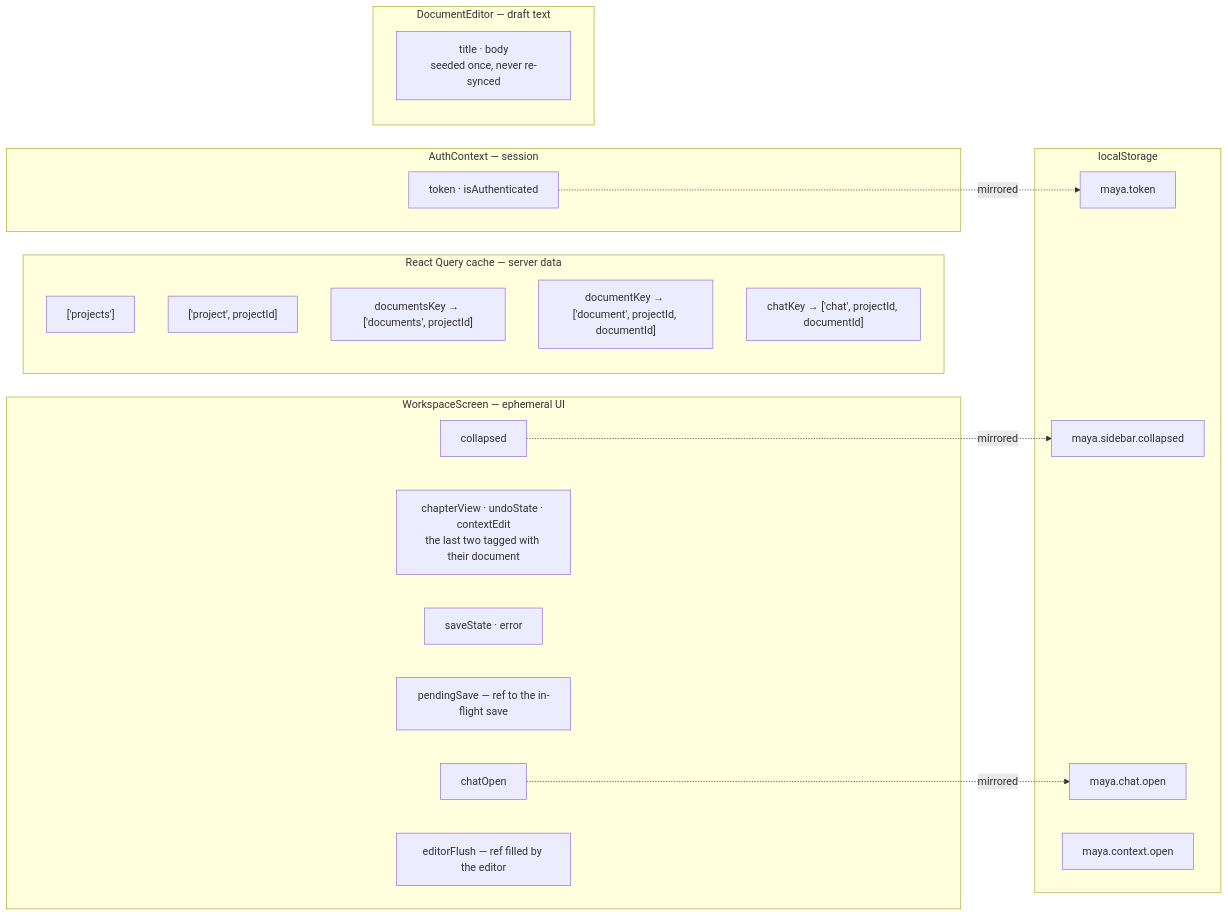
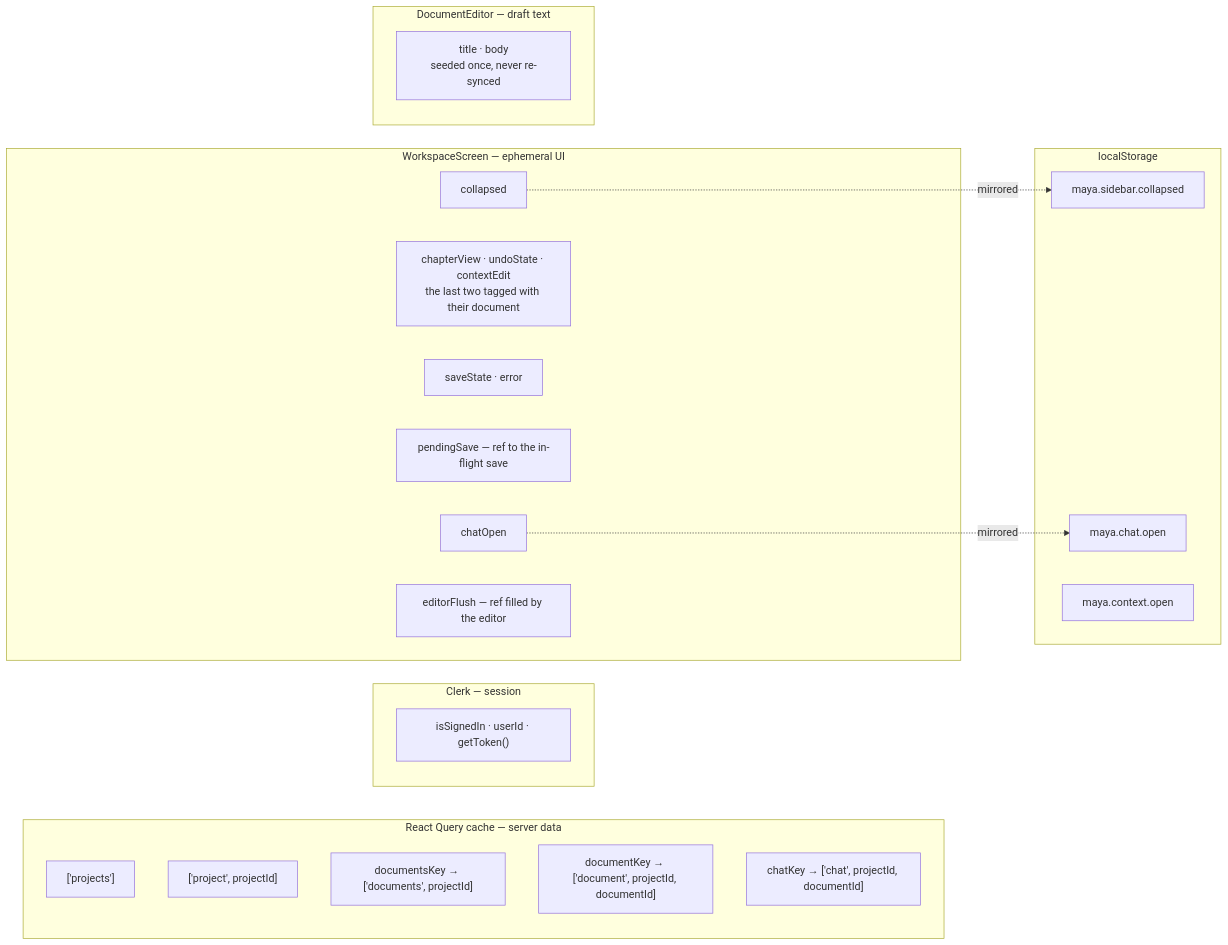
One commit to Akazz-L/maya changed the third of 3 diagrams in docs/diagrams/04-frontend-architecture.md. Above: the diagram before and after it, drawn with Mermaid. The commit also changed other lines of this file and 71 other files, not shown here.

````diff
--- a/docs/diagrams/04-frontend-architecture.md
+++ b/docs/diagrams/04-frontend-architecture.md
@@ -123,38 +120,36 @@
 ```mermaid
 graph LR
     subgraph rq["React Query cache — server data"]
         K1["['projects']"]
         K2["['project', projectId]"]
         K3["documentsKey → ['documents', projectId]"]
         K4["documentKey → ['document', projectId, documentId]"]
         K5["chatKey → ['chat', projectId, documentId]"]
     end
 
-    subgraph ctx["AuthContext — session"]
-        T["token · isAuthenticated"]
+    subgraph ctx["Clerk — session"]
+        T["isSignedIn · userId · getToken()"]
     end
 
     subgraph local["WorkspaceScreen — ephemeral UI"]
         L1["collapsed"]
         L2["chapterView · undoState · contextEdit<br/>the last two tagged with their document"]
         L3["saveState · error"]
         L5["pendingSave — ref to the in-flight save"]
         L6["chatOpen"]
         L7["editorFlush — ref filled by the editor"]
     end
 
     subgraph ed["DocumentEditor — draft text"]
         E1["title · body<br/>seeded once, never re-synced"]
     end
 
     subgraph ls["localStorage"]
-        S1["maya.token"]
         S2["maya.sidebar.collapsed"]
         S4["maya.chat.open"]
         S5["maya.context.open"]
     end
 
-    T -.->|mirrored| S1
     L1 -.->|mirrored| S2
     L6 -.->|mirrored| S4
 ```
````
